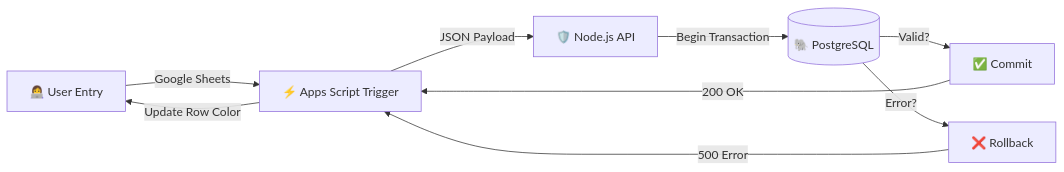
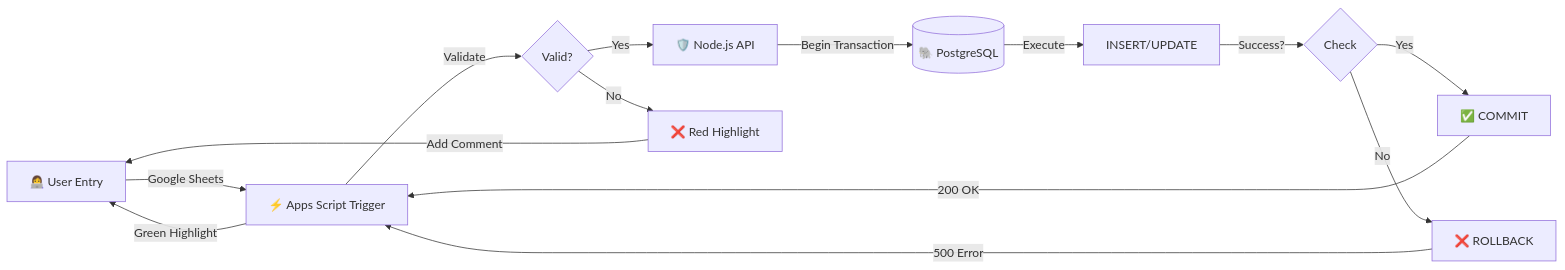
One commit to Ujjwaljain16/SheetSync changed the diagram in README.md. Above: the diagram before and after it, drawn with Mermaid. The commit also changed other lines of this file and 1 other file, not shown here.

````diff
--- a/README.md
+++ b/README.md
@@ -27,11 +306,16 @@
 ```mermaid
 graph LR
     User[👩‍💻 User Entry] -->|Google Sheets| GAS[⚡ Apps Script Trigger]
-    GAS -->|JSON Payload| API[🛡️ Node.js API]
+    GAS -->|Validate| Valid{Valid?}
+    Valid -->|Yes| API[🛡️ Node.js API]
+    Valid -->|No| Error[❌ Red Highlight]
     API -->|Begin Transaction| DB[(🐘 PostgreSQL)]
-    DB -->|Valid?| Commit[✅ Commit]
-    DB -->|Error?| Rollback[❌ Rollback]
+    DB -->|Execute| Queries[INSERT/UPDATE]
+    Queries -->|Success?| Check{Check}
+    Check -->|Yes| Commit[✅ COMMIT]
+    Check -->|No| Rollback[❌ ROLLBACK]
     Commit -->|200 OK| GAS
     Rollback -->|500 Error| GAS
-    GAS -->|Update Row Color| User
+    GAS -->|Green Highlight| User
+    Error -->|Add Comment| User
 ```
````
